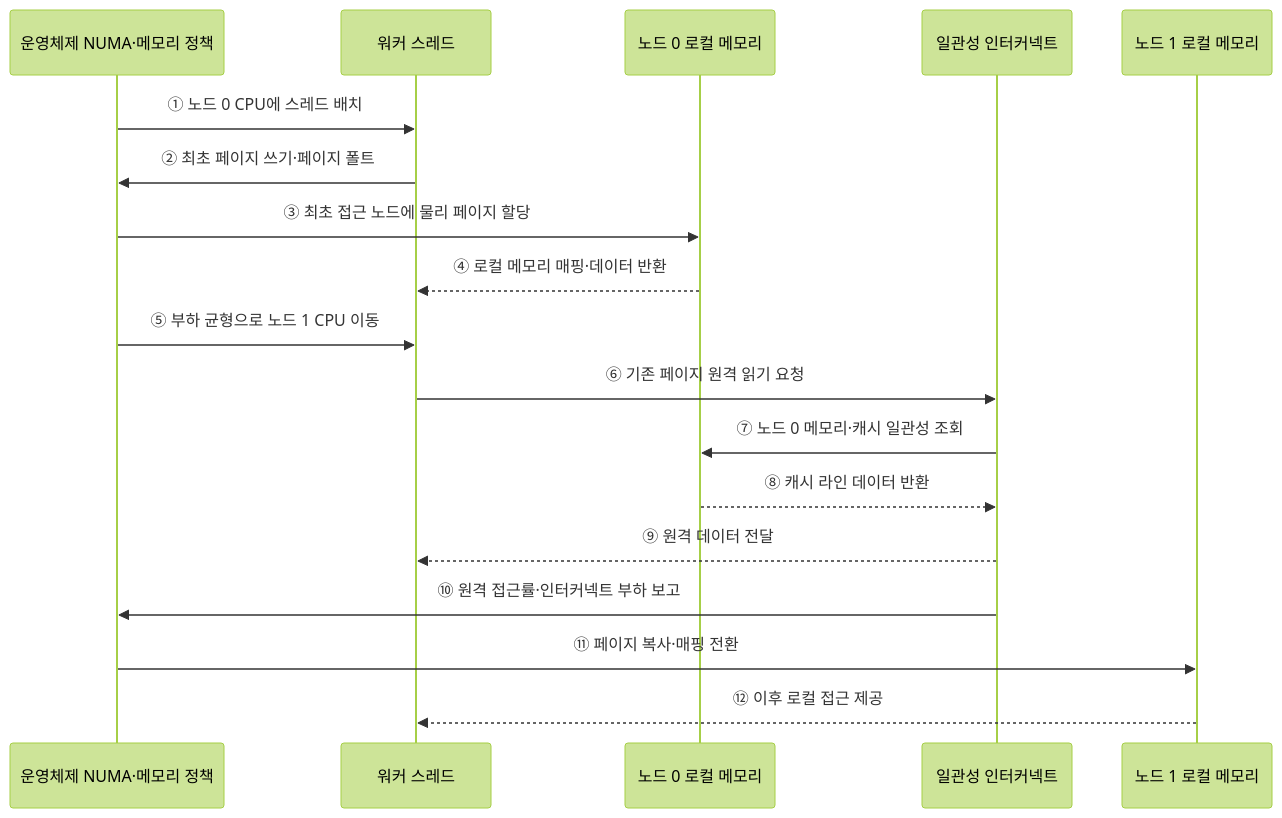
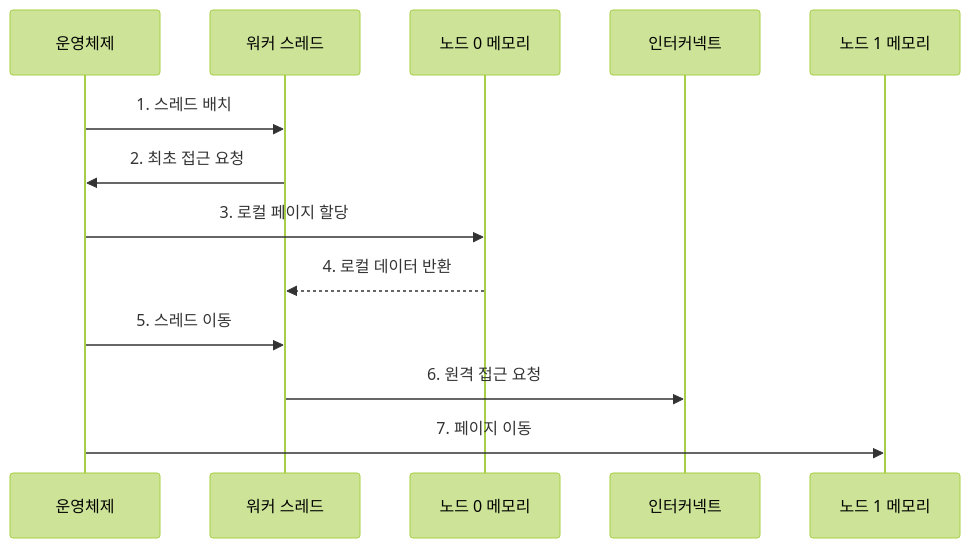
Before and after one commit to agnusdei1207/knowledge-base: the second of 2 diagrams in src/content/docs/notes/02-hardware/093_multi_socket_server_smp.md, drawn with Mermaid (forest theme). The commit also changed other lines of this file and 20 other files, not shown here.

````diff
--- a/src/content/docs/notes/02-hardware/093_multi_socket_server_smp.md
+++ b/src/content/docs/notes/02-hardware/093_multi_socket_server_smp.md
@@ -86,21 +87,15 @@
 ```mermaid
 sequenceDiagram
-    participant O as 운영체제 NUMA·메모리 정책
+    participant O as 운영체제
     participant T as 워커 스레드
-    participant M0 as 노드 0 로컬 메모리
-    participant I as 일관성 인터커넥트
-    participant M1 as 노드 1 로컬 메모리
-
-    O->>T: ① 노드 0 CPU에 스레드 배치
-    T->>O: ② 최초 페이지 쓰기·페이지 폴트
-    O->>M0: ③ 최초 접근 노드에 물리 페이지 할당
-    M0-->>T: ④ 로컬 메모리 매핑·데이터 반환
-    O->>T: ⑤ 부하 균형으로 노드 1 CPU 이동
-    T->>I: ⑥ 기존 페이지 원격 읽기 요청
-    I->>M0: ⑦ 노드 0 메모리·캐시 일관성 조회
-    M0-->>I: ⑧ 캐시 라인 데이터 반환
-    I-->>T: ⑨ 원격 데이터 전달
-    I->>O: ⑩ 원격 접근률·인터커넥트 부하 보고
-    O->>M1: ⑪ 페이지 복사·매핑 전환
-    M1-->>T: ⑫ 이후 로컬 접근 제공
+    participant M0 as 노드 0 메모리
+    participant I as 인터커넥트
+    participant M1 as 노드 1 메모리
+    O->>T: 1. 스레드 배치
+    T->>O: 2. 최초 접근 요청
+    O->>M0: 3. 로컬 페이지 할당
+    M0-->>T: 4. 로컬 데이터 반환
+    O->>T: 5. 스레드 이동
+    T->>I: 6. 원격 접근 요청
+    O->>M1: 7. 페이지 이동
 ```
````
